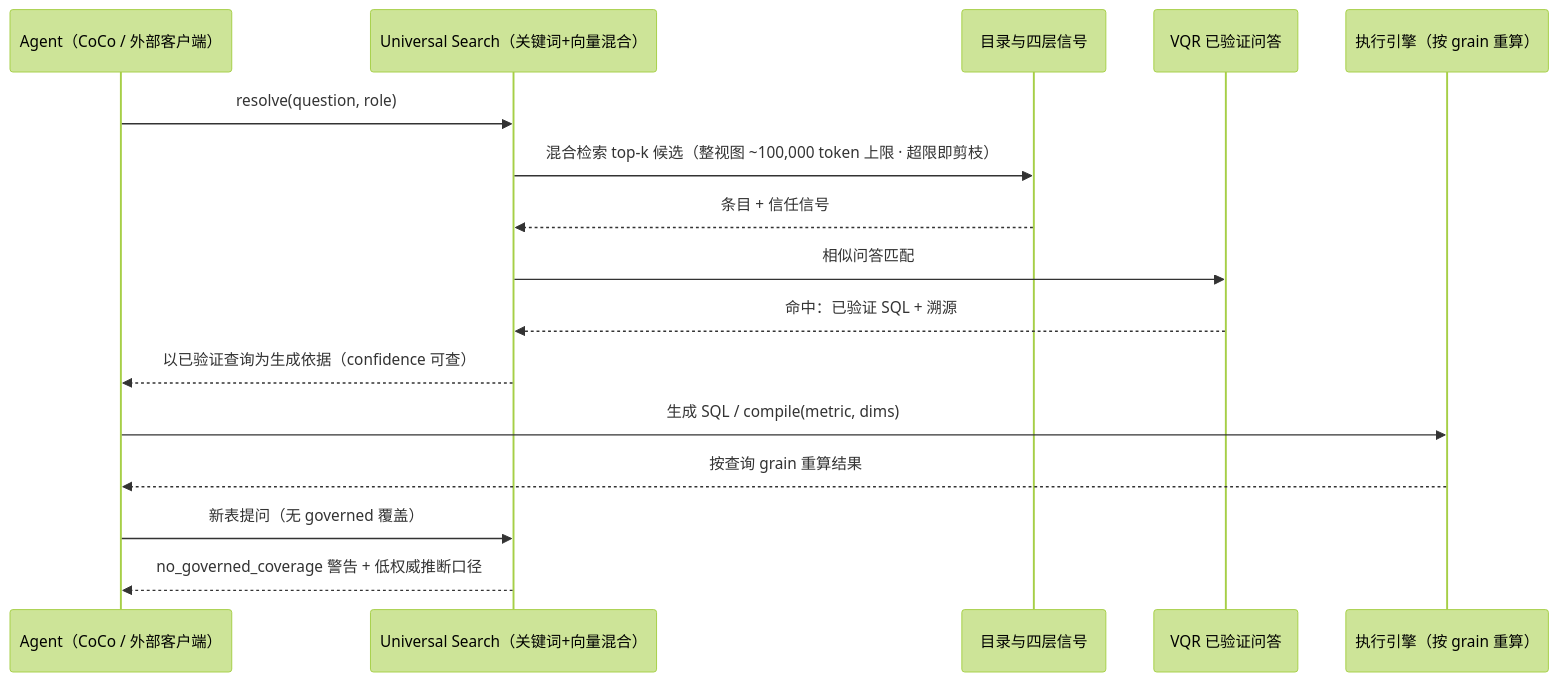
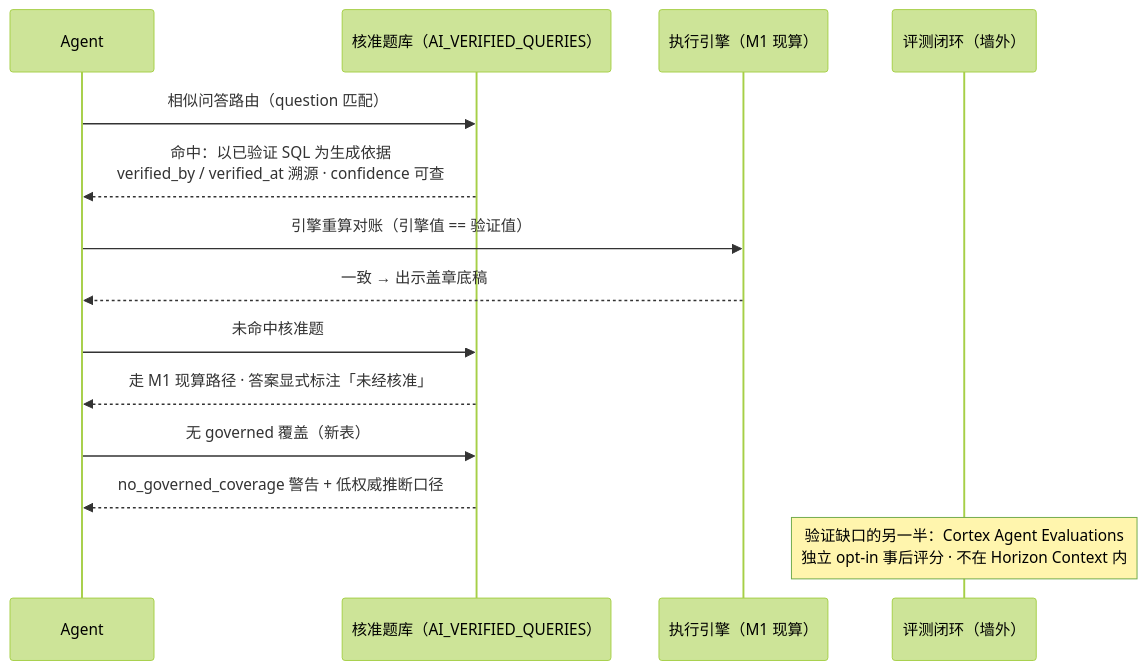
One commit to ThreeFish-AI/negentropy changed the diagram in docs/assets/mermaid/cognitive-context/horizon-context--resolve-activation.mmd. Above: the diagram before and after it, drawn with Mermaid (forest theme). The commit also changed 49 other files, not shown here.

First line of the commit message:
docs(horizon-context): M 集全局重评选校准——治理族四席晋级、VQR/血缘/Agent Identity 升格、富化/检索/互操作降级专章 (#1149)

```diff
--- a/docs/assets/mermaid/cognitive-context/horizon-context--resolve-activation.mmd
+++ b/docs/assets/mermaid/cognitive-context/horizon-context--resolve-activation.mmd
@@ -1,21 +1,19 @@
-%%source: docs/research/cognitive-context/011-horizon-context.md#blockM5 (L370-L382, §7 M5 · 检索激活)
+%%source: docs/research/cognitive-context/011-horizon-context.md#blockM4 (L330-L366, §6 M4 · 应答层验证锚定)
 %%slug: cognitive-context/horizon-context--resolve-activation
 %%type: sequence
 %%derived: archify sequence v1, authored from source mermaid
-%% fix: (2026-09-15 校准) ① 检索消息补硬约束「整视图 ~100,000 token 上限 · 超限即剪枝」（正文 M5：精选是硬约束而非优化项）；② %%source 行号更新为 L370-L382
+%% fix: (2026-09-17 重评选) 原 M5 检索激活拆分后的验证锚定面：① Universal Search 混合检索前沿移出（归 §11 检索章）；② 主线改为 VQR 命中→生成依据→对账重算；③ 新增评测闭环 Note（Cortex Agent Evaluations 独立 opt-in、不在 Horizon Context 内——typedef 验证缺口「已交付的一半」）；④ %%source 重锚 L326-L362
 sequenceDiagram
-    participant AG as Agent（CoCo / 外部客户端）
-    participant US as Universal Search（关键词+向量混合）
-    participant CT as 目录与四层信号
-    participant VQ as VQR 已验证问答
-    participant EN as 执行引擎（按 grain 重算）
-    AG->>US: resolve(question, role)
-    US->>CT: 混合检索 top-k 候选（整视图 ~100,000 token 上限 · 超限即剪枝）
-    CT-->>US: 条目 + 信任信号
-    US->>VQ: 相似问答匹配
-    VQ-->>US: 命中：已验证 SQL + 溯源
-    US-->>AG: 以已验证查询为生成依据（confidence 可查）
-    AG->>EN: 生成 SQL / compile(metric, dims)
-    EN-->>AG: 按查询 grain 重算结果
-    AG->>US: 新表提问（无 governed 覆盖）
-    US-->>AG: no_governed_coverage 警告 + 低权威推断口径
+    participant AG as Agent
+    participant VQ as 核准题库（AI_VERIFIED_QUERIES）
+    participant EN as 执行引擎（M1 现算）
+    participant EV as 评测闭环（墙外）
+    AG->>VQ: 相似问答路由（question 匹配）
+    VQ-->>AG: 命中：以已验证 SQL 为生成依据<br/>verified_by / verified_at 溯源 · confidence 可查
+    AG->>EN: 引擎重算对账（引擎值 == 验证值）
+    EN-->>AG: 一致 → 出示盖章底稿
+    AG->>VQ: 未命中核准题
+    VQ-->>AG: 走 M1 现算路径 · 答案显式标注「未经核准」
+    AG->>VQ: 无 governed 覆盖（新表）
+    VQ-->>AG: no_governed_coverage 警告 + 低权威推断口径
+    Note over EV: 验证缺口的另一半：Cortex Agent Evaluations<br/>独立 opt-in 事后评分 · 不在 Horizon Context 内
```
